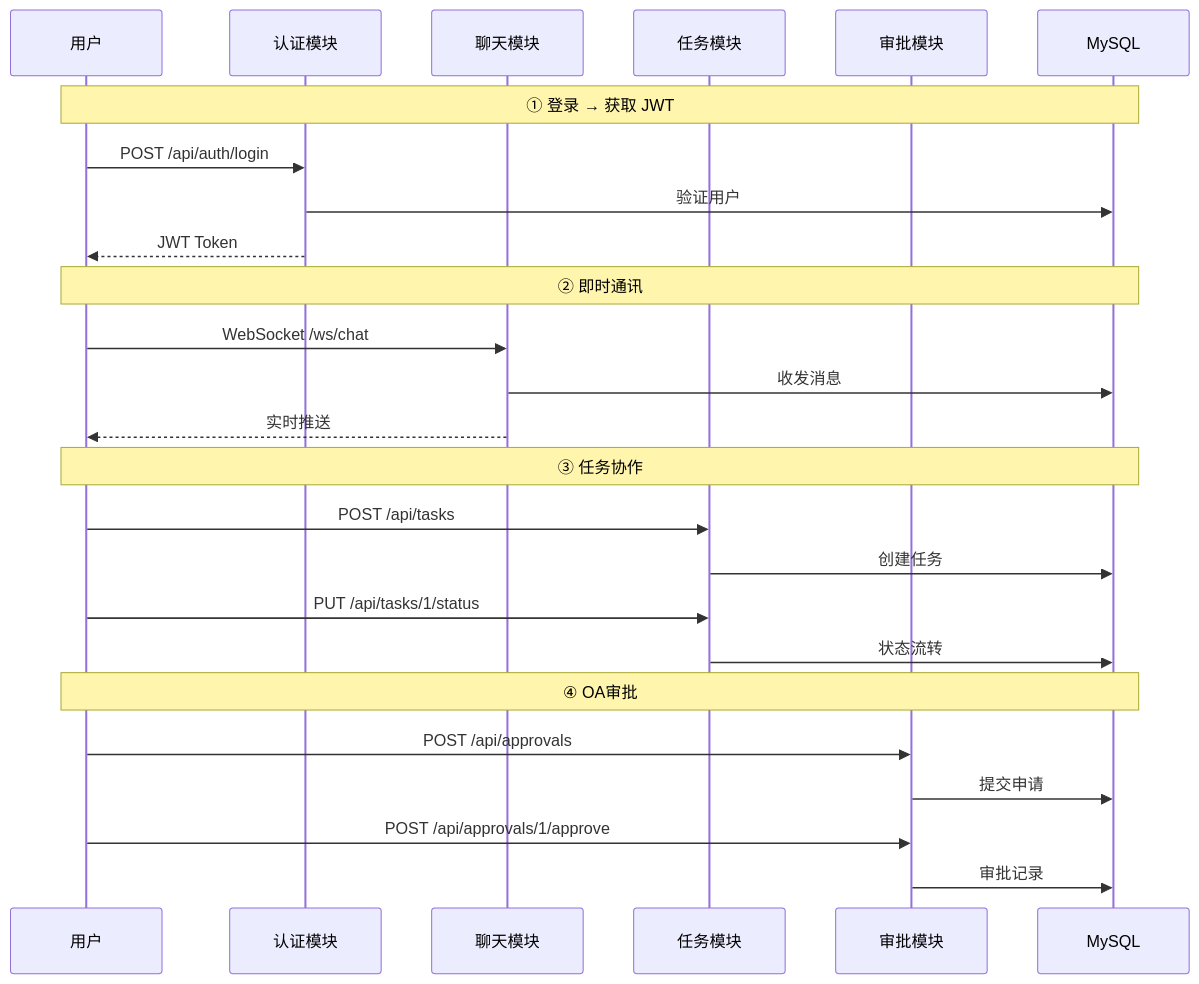
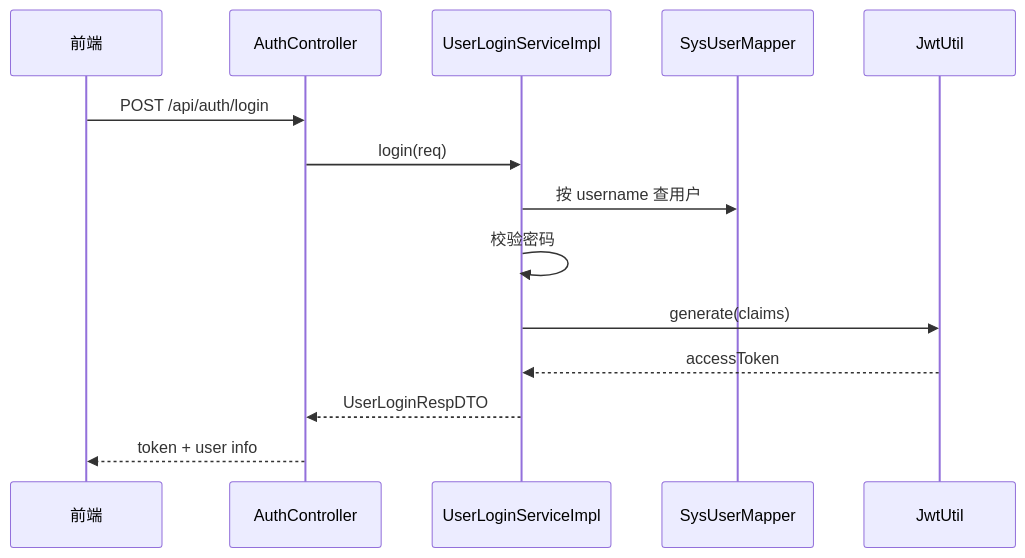
Before and after one commit to ZjlShenshiqing/EnterpriseKnowledgeWorkspace: the second of 12 diagrams in docs/collaboration-service-code-analysis.md, drawn with Mermaid. The commit also changed other lines of this file and 26 other files, not shown here.

````diff
--- a/docs/collaboration-service-code-analysis.md
+++ b/docs/collaboration-service-code-analysis.md
@@ -68,31 +162,17 @@
 ```mermaid
 sequenceDiagram
-    participant U as 用户
-    participant AUTH as 认证模块
-    participant CHAT as 聊天模块
-    participant TASK as 任务模块
-    participant APPROVAL as 审批模块
-    participant DB as MySQL
+    participant FE as 前端
+    participant CTL as AuthController
+    participant SVC as UserLoginServiceImpl
+    participant DB as SysUserMapper
+    participant JWT as JwtUtil
 
-    Note over U,DB: ① 登录 → 获取 JWT
-    U->>AUTH: POST /api/auth/login
-    AUTH->>DB: 验证用户
-    AUTH-->>U: JWT Token
-
-    Note over U,DB: ② 即时通讯
-    U->>CHAT: WebSocket /ws/chat
-    CHAT->>DB: 收发消息
-    CHAT-->>U: 实时推送
-
-    Note over U,DB: ③ 任务协作
-    U->>TASK: POST /api/tasks
-    TASK->>DB: 创建任务
-    U->>TASK: PUT /api/tasks/1/status
-    TASK->>DB: 状态流转
-
-    Note over U,DB: ④ OA审批
-    U->>APPROVAL: POST /api/approvals
-    APPROVAL->>DB: 提交申请
-    U->>APPROVAL: POST /api/approvals/1/approve
-    APPROVAL->>DB: 审批记录
+    FE->>CTL: POST /api/auth/login
+    CTL->>SVC: login(req)
+    SVC->>DB: 按 username 查用户
+    SVC->>SVC: 校验密码
+    SVC->>JWT: generate(claims)
+    JWT-->>SVC: accessToken
+    SVC-->>CTL: UserLoginRespDTO
+    CTL-->>FE: token + user info
 ```
````
